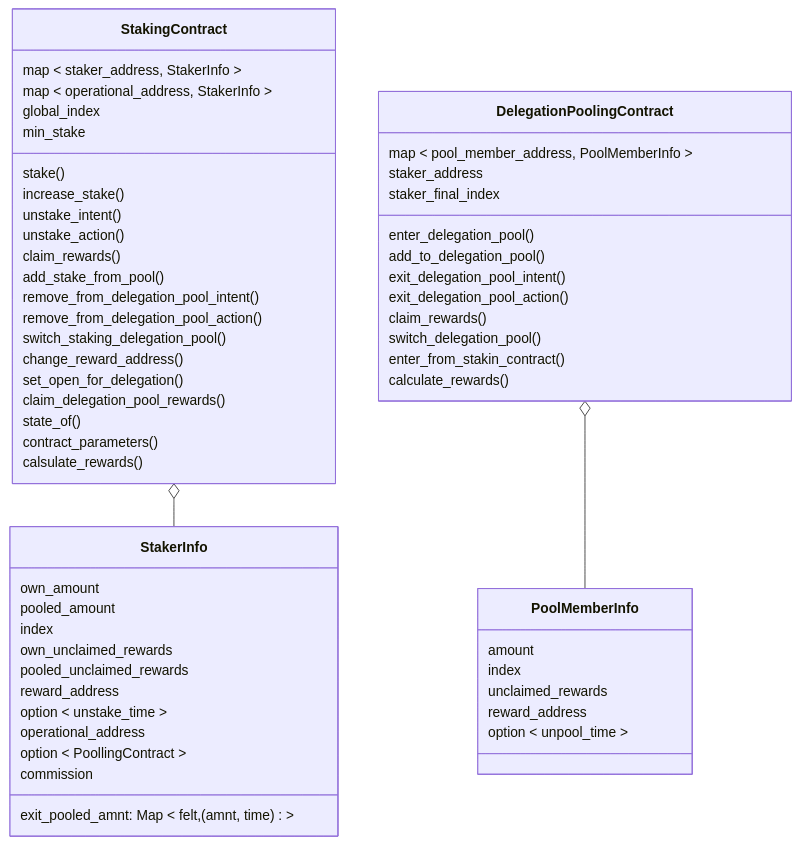
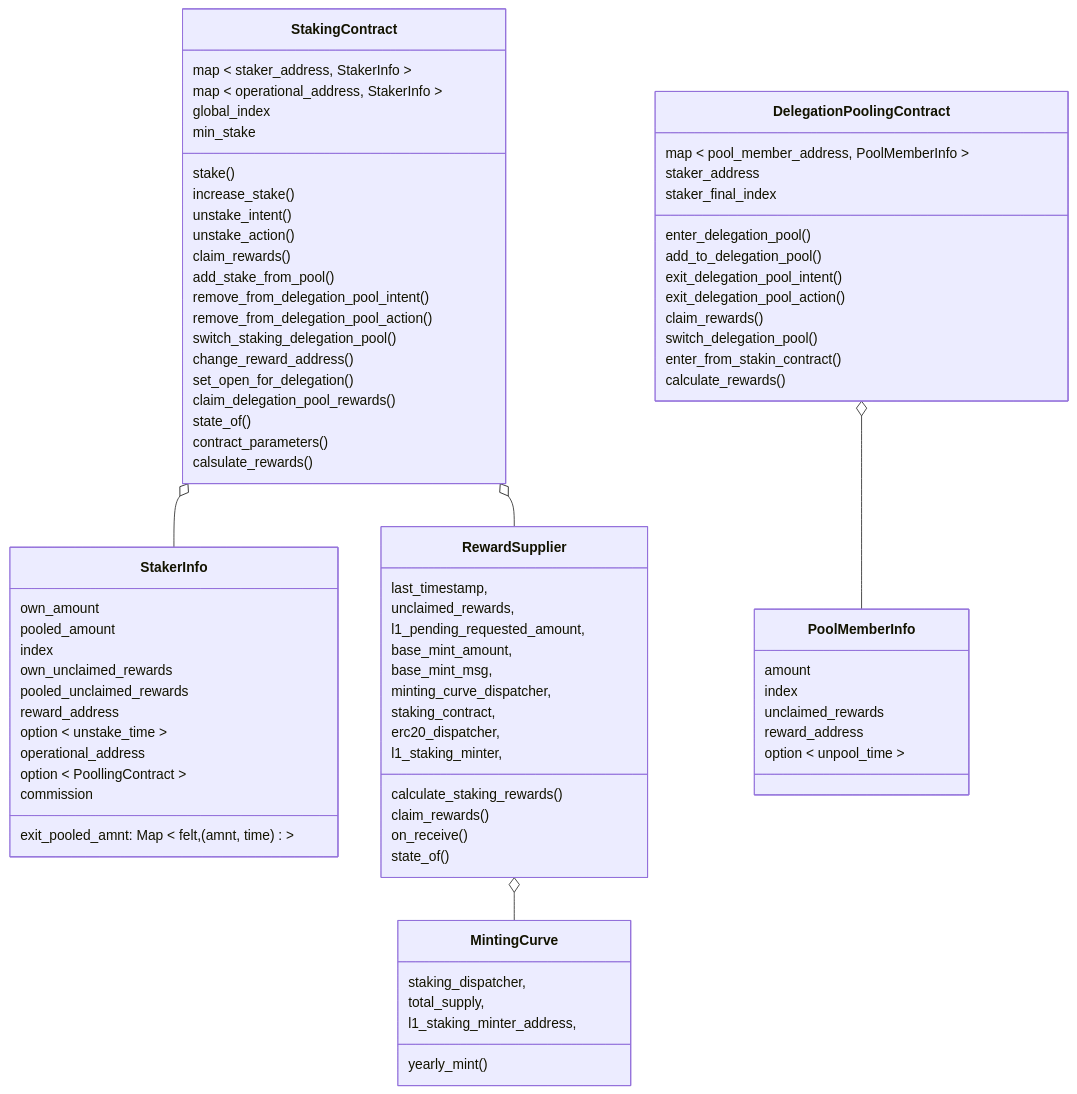
The first of 5 diagrams in workspace/apps/staking/docs/spec.md (starkware-libs/starknet-staking), drawn with Mermaid before and after one commit. The commit also changed other lines of this file, not shown here.

Commit message:
chore(staking): start adding reward supplier spec (#1679)

````diff
--- a/workspace/apps/staking/docs/spec.md
+++ b/workspace/apps/staking/docs/spec.md
@@ -168,6 +168,29 @@
     reward_address
     option < unpool_time >
   }
+  class RewardSupplier {
+    last_timestamp,
+    unclaimed_rewards,
+    l1_pending_requested_amount,
+    base_mint_amount,
+    base_mint_msg,
+    minting_curve_dispatcher,
+    staking_contract,
+    erc20_dispatcher,
+    l1_staking_minter,
+    calculate_staking_rewards()
+    claim_rewards()
+    on_receive()
+    state_of()
+  }
+  class MintingCurve {
+    staking_dispatcher,
+    total_supply,
+    l1_staking_minter_address,
+    yearly_mint()
+  }
   StakingContract o-- StakerInfo
   DelegationPoolingContract o-- PoolMemberInfo
+  StakingContract o-- RewardSupplier
+  RewardSupplier o-- MintingCurve
 ```
````
